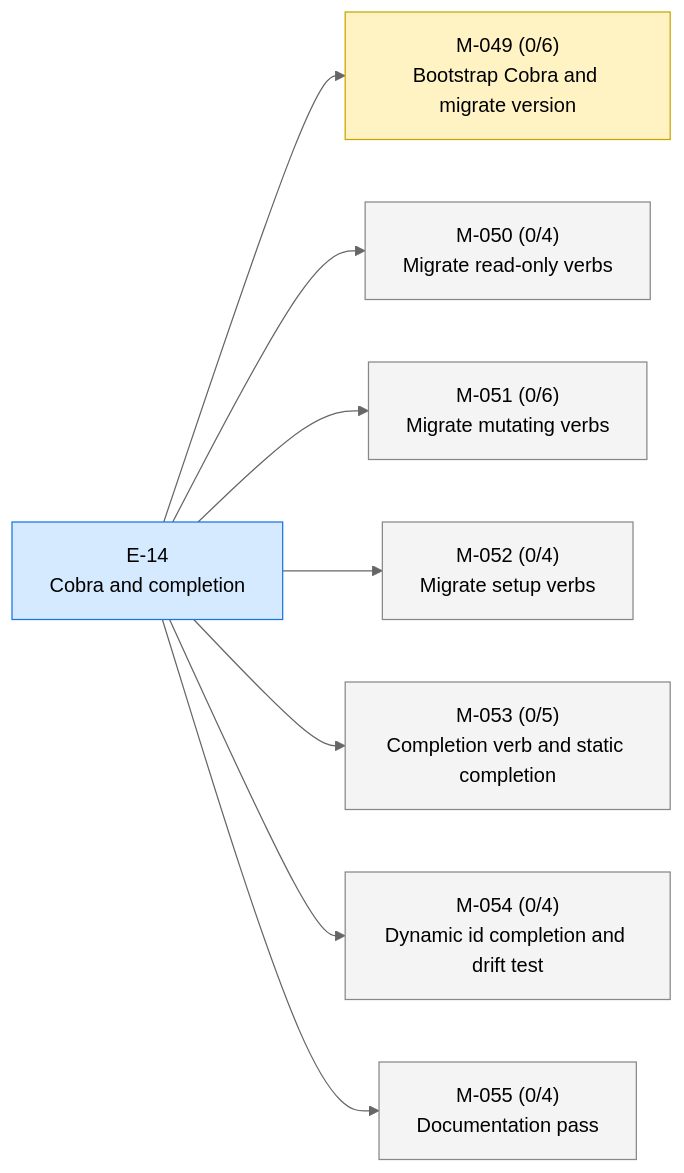
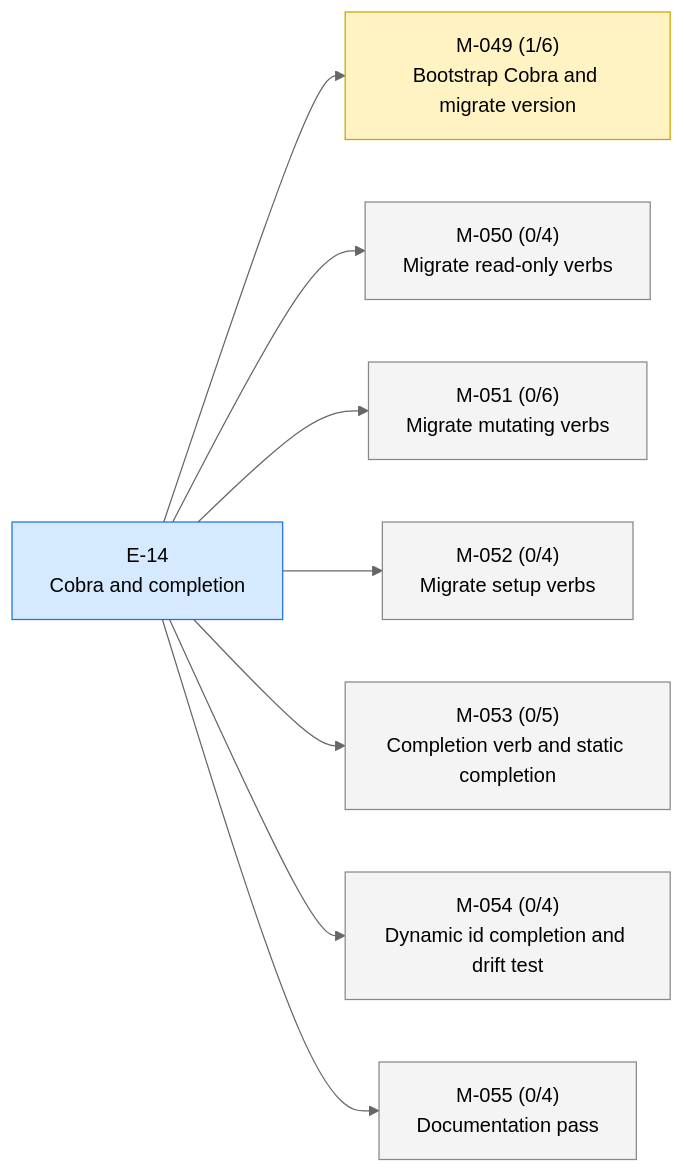
Before and after one commit to 23min/aiwf: the first of 2 diagrams in STATUS.md, drawn with Mermaid (neutral theme). The commit also changed other lines of this file and 1 other file, not shown here.

````diff
--- a/STATUS.md
+++ b/STATUS.md
@@ -17,24 +17,24 @@
 ```mermaid
 flowchart LR
   E_14["E-14<br/>Cobra and completion"]:::epic_active
-  M_049["M-049 (0/6)<br/>Bootstrap Cobra and migrate version"]:::ms_in_progress
+  M_049["M-049 (1/6)<br/>Bootstrap Cobra and migrate version"]:::ms_in_progress
   E_14 --> M_049
   M_050["M-050 (0/4)<br/>Migrate read-only verbs"]:::ms_draft
   E_14 --> M_050
   M_051["M-051 (0/6)<br/>Migrate mutating verbs"]:::ms_draft
   E_14 --> M_051
   M_052["M-052 (0/4)<br/>Migrate setup verbs"]:::ms_draft
   E_14 --> M_052
   M_053["M-053 (0/5)<br/>Completion verb and static completion"]:::ms_draft
   E_14 --> M_053
   M_054["M-054 (0/4)<br/>Dynamic id completion and drift test"]:::ms_draft
   E_14 --> M_054
   M_055["M-055 (0/4)<br/>Documentation pass"]:::ms_draft
   E_14 --> M_055
   classDef epic_active fill:#d6eaff,stroke:#1a73e8,color:#000
   classDef epic_proposed fill:#f4f4f4,stroke:#888,color:#000
   classDef ms_done fill:#d8f5d8,stroke:#2a8a2a,color:#000
   classDef ms_in_progress fill:#fff3c4,stroke:#caa400,color:#000
   classDef ms_draft fill:#f4f4f4,stroke:#888,color:#000
   classDef ms_cancelled fill:#fbeaea,stroke:#c33,color:#000
 ```
````
